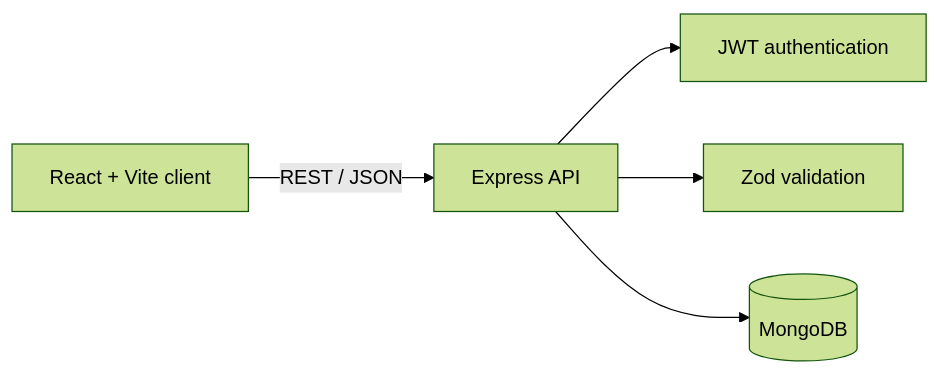
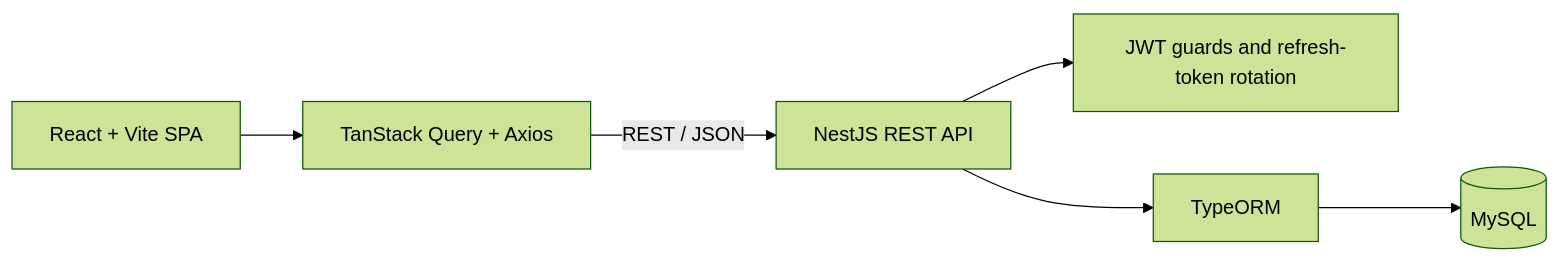
Before and after one commit to TomerP750/DevAtlas: the diagram in README.md, drawn with Mermaid (forest theme). The commit also changed other lines of this file, not shown here.

````diff
--- a/README.md
+++ b/README.md
@@ -28,7 +38,15 @@
 ```mermaid
 flowchart LR
-    UI[React + Vite client] -->|REST / JSON| API[Express API]
-    API --> AUTH[JWT authentication]
-    API --> VALIDATION[Zod validation]
-    API --> DB[(MongoDB)]
+    UI[React + Vite SPA]
+    QUERY[TanStack Query + Axios]
+    API[NestJS REST API]
+    AUTH[JWT guards and refresh-token rotation]
+    ORM[TypeORM]
+    DB[(MySQL)]
+
+    UI --> QUERY
+    QUERY -->|REST / JSON| API
+    API --> AUTH
+    API --> ORM
+    ORM --> DB
 ```
````
